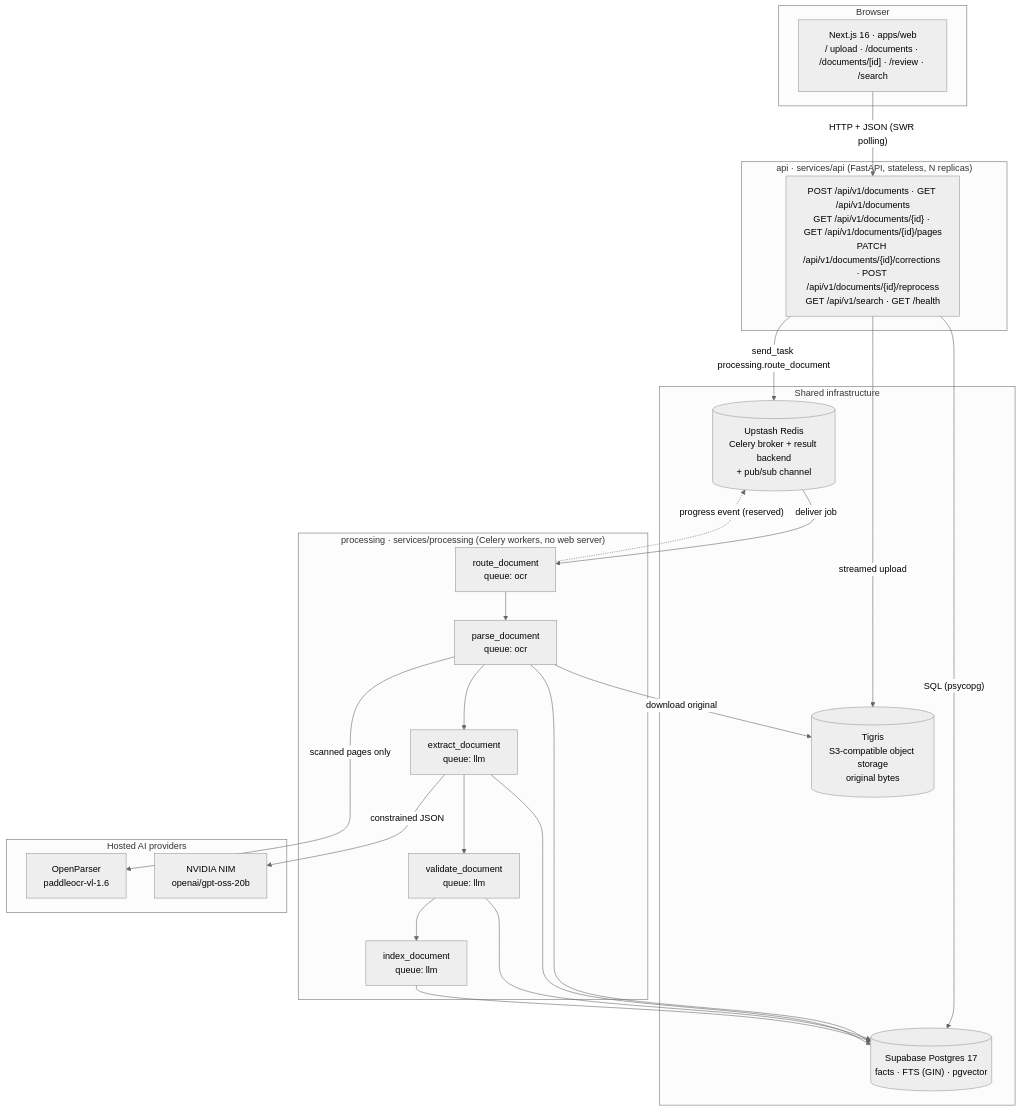
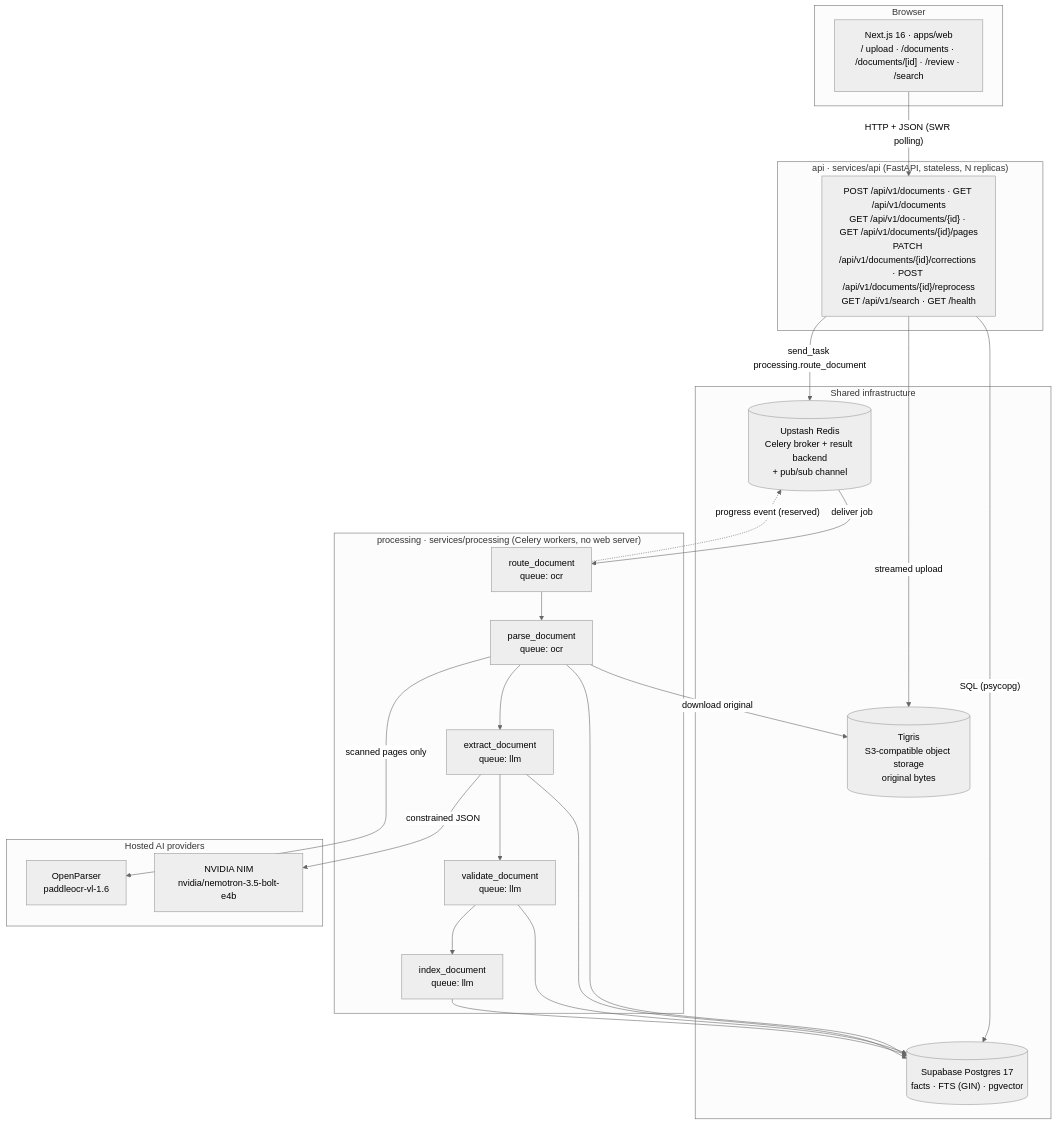
One commit to sysrecall/cgparse changed the first of 5 diagrams in docs/architecture.md. Above: the diagram before and after it, drawn with Mermaid (neutral theme). The commit also changed 4 other files, not shown here.

````diff
--- a/docs/architecture.md
+++ b/docs/architecture.md
@@ -23,44 +23,44 @@
 ```mermaid
 flowchart TB
     subgraph CLIENT["Browser"]
         UI["Next.js 16 · apps/web<br/>/ upload · /documents · /documents/[id] · /review · /search"]
     end
 
     subgraph API["api · services/api (FastAPI, stateless, N replicas)"]
         EP["POST /api/v1/documents · GET /api/v1/documents<br/>GET /api/v1/documents/{id} · GET /api/v1/documents/{id}/pages<br/>PATCH /api/v1/documents/{id}/corrections · POST /api/v1/documents/{id}/reprocess<br/>GET /api/v1/search · GET /health"]
     end
 
     subgraph PROC["processing · services/processing (Celery workers, no web server)"]
         R["route_document<br/>queue: ocr"]
         P["parse_document<br/>queue: ocr"]
         E["extract_document<br/>queue: llm"]
         V["validate_document<br/>queue: llm"]
         I["index_document<br/>queue: llm"]
         R --> P --> E --> V --> I
     end
 
     subgraph INFRA["Shared infrastructure"]
         S3[("Tigris<br/>S3-compatible object storage<br/>original bytes")]
         PG[("Supabase Postgres 17<br/>facts · FTS (GIN) · pgvector")]
         RD[("Upstash Redis<br/>Celery broker + result backend<br/>+ pub/sub channel")]
     end
 
     subgraph PROVIDERS["Hosted AI providers"]
         OCR["OpenParser<br/>paddleocr-vl-1.6"]
-        LLM["NVIDIA NIM<br/>openai/gpt-oss-20b"]
+        LLM["NVIDIA NIM<br/>nvidia/nemotron-3.5-bolt-e4b"]
     end
 
     UI -- "HTTP + JSON (SWR polling)" --> EP
     EP -- "streamed upload" --> S3
     EP -- "SQL (psycopg)" --> PG
     EP -- "send_task processing.route_document" --> RD
     RD -- "deliver job" --> R
     P -- "download original" --> S3
     P -- "scanned pages only" --> OCR
     E -- "constrained JSON" --> LLM
     P --> PG
     E --> PG
     V --> PG
     I --> PG
     R -.->|"progress event (reserved)"| RD
 ```
````
